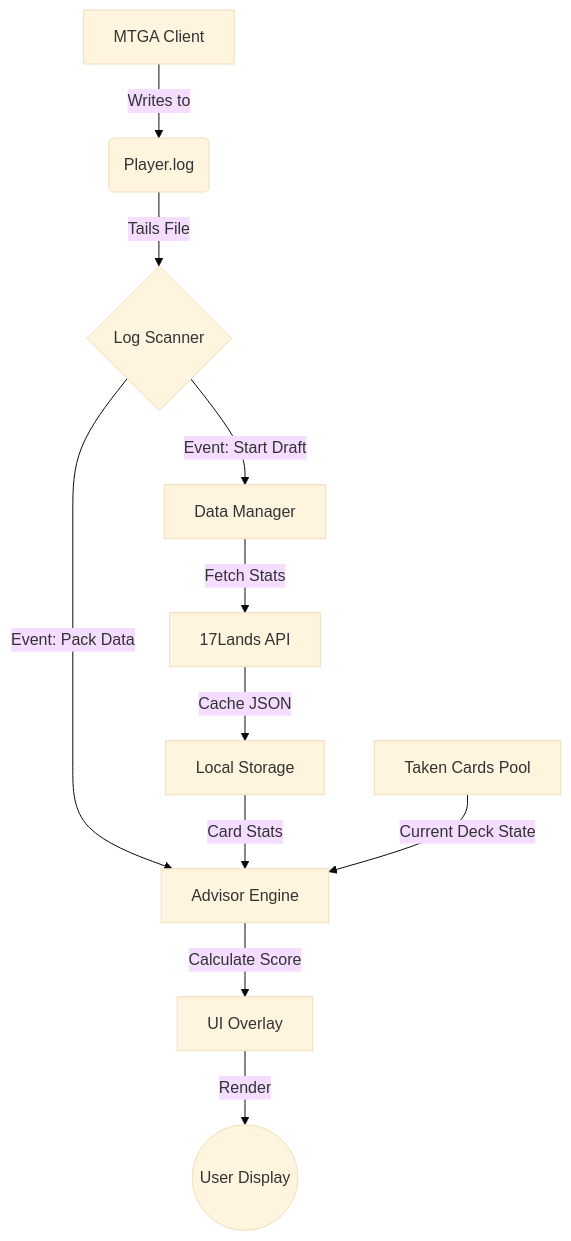
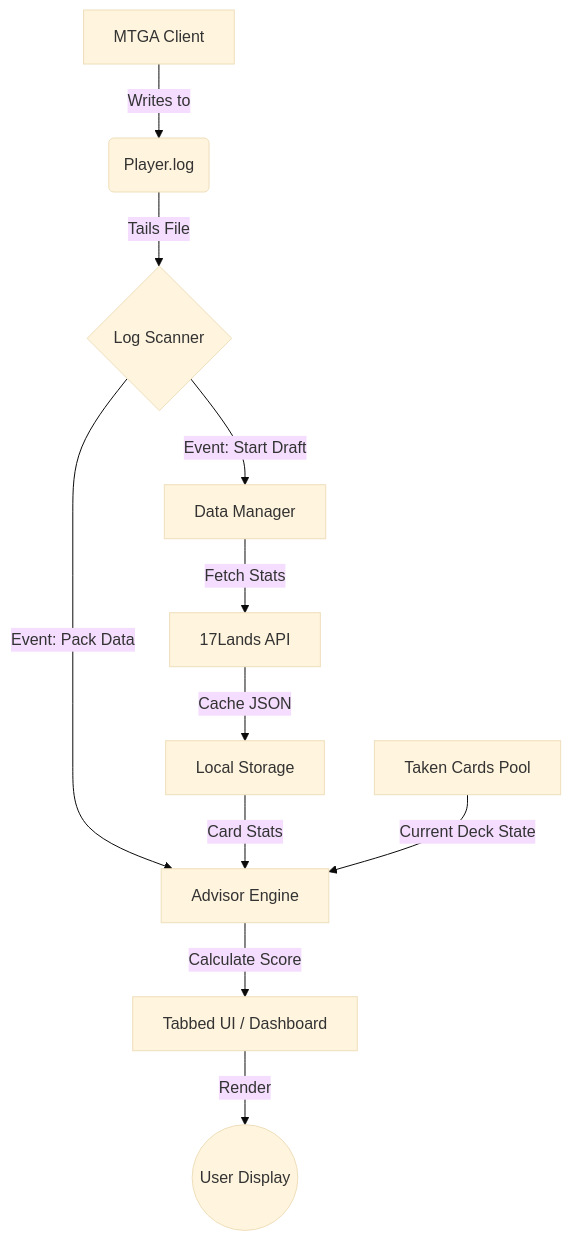
The diagram in docs/00-system-overview.md (unrealities/MTGA_Draft_17Lands), drawn with Mermaid (base theme) before and after one commit. The commit also changed 2 other files, not shown here.

````diff
--- a/docs/00-system-overview.md
+++ b/docs/00-system-overview.md
@@ -13,17 +13,17 @@
 ```mermaid
 graph TD
     A[MTGA Client] -->|Writes to| B(Player.log)
     B -->|Tails File| C{Log Scanner}
     
     C -->|Event: Start Draft| D[Data Manager]
     D -->|Fetch Stats| E[17Lands API]
     E -->|Cache JSON| F[Local Storage]
     
     C -->|Event: Pack Data| G[Advisor Engine]
     F -->|Card Stats| G
     
     H[Taken Cards Pool] -->|Current Deck State| G
     
-    G -->|Calculate Score| I[UI Overlay]
+    G -->|Calculate Score| I[Tabbed UI / Dashboard]
     I -->|Render| J((User Display))
 ```
````
